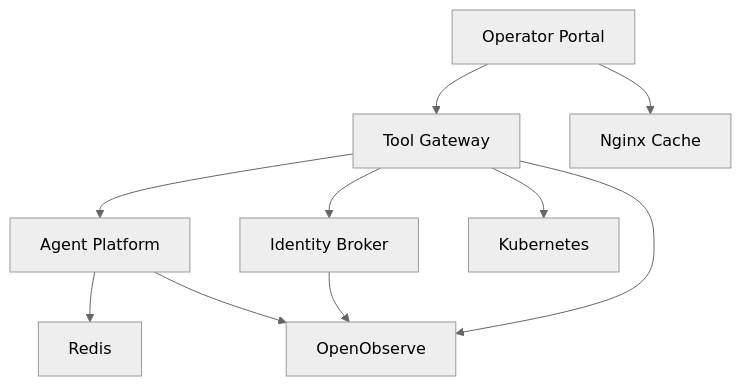
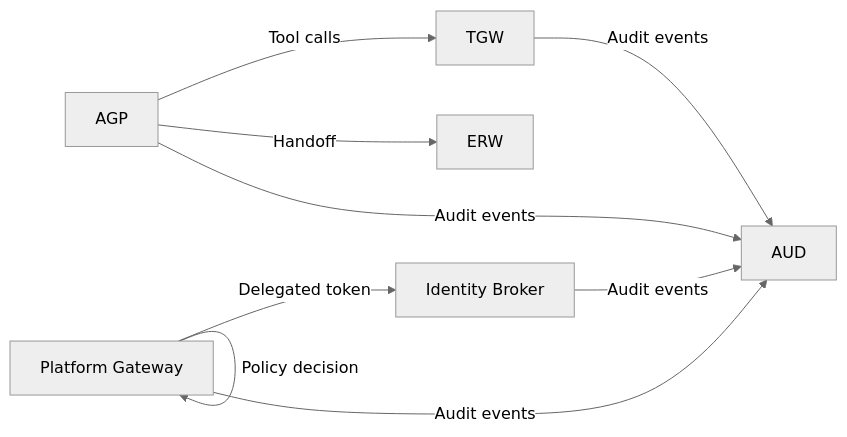
Before and after one commit to metasync/luban-aiops: the third of 3 diagrams in .qoder/repowiki/en/content/Troubleshooting and FAQ.md, drawn with Mermaid (neutral theme). The commit also changed other lines of this file and 843 other files, not shown here.

````diff
--- a/.qoder/repowiki/en/content/Troubleshooting and FAQ.md
+++ b/.qoder/repowiki/en/content/Troubleshooting and FAQ.md
@@ -402,12 +292,11 @@
 ```mermaid
-graph TB
-GW["Tool Gateway"] --> AG["Agent Platform"]
-GW --> IDB["Identity Broker"]
-AG --> REDIS["Redis"]
-GW --> K8S["Kubernetes"]
-AG --> OO["OpenObserve"]
-IDB --> OO
-GW --> OO
-OP["Operator Portal"] --> GW
-OP --> NGINX["Nginx Cache"]
+graph LR
+PGW["Platform Gateway"] -- "Delegated token" --> IDB["Identity Broker"]
+PGW -- "Policy decision" --> PGW
+AGP -- "Tool calls" --> TGW
+AGP -- "Handoff" --> ERW
+PGW -- "Audit events" --> AUD
+AGP -- "Audit events" --> AUD
+TGW -- "Audit events" --> AUD
+IDB -- "Audit events" --> AUD
 ```
````
